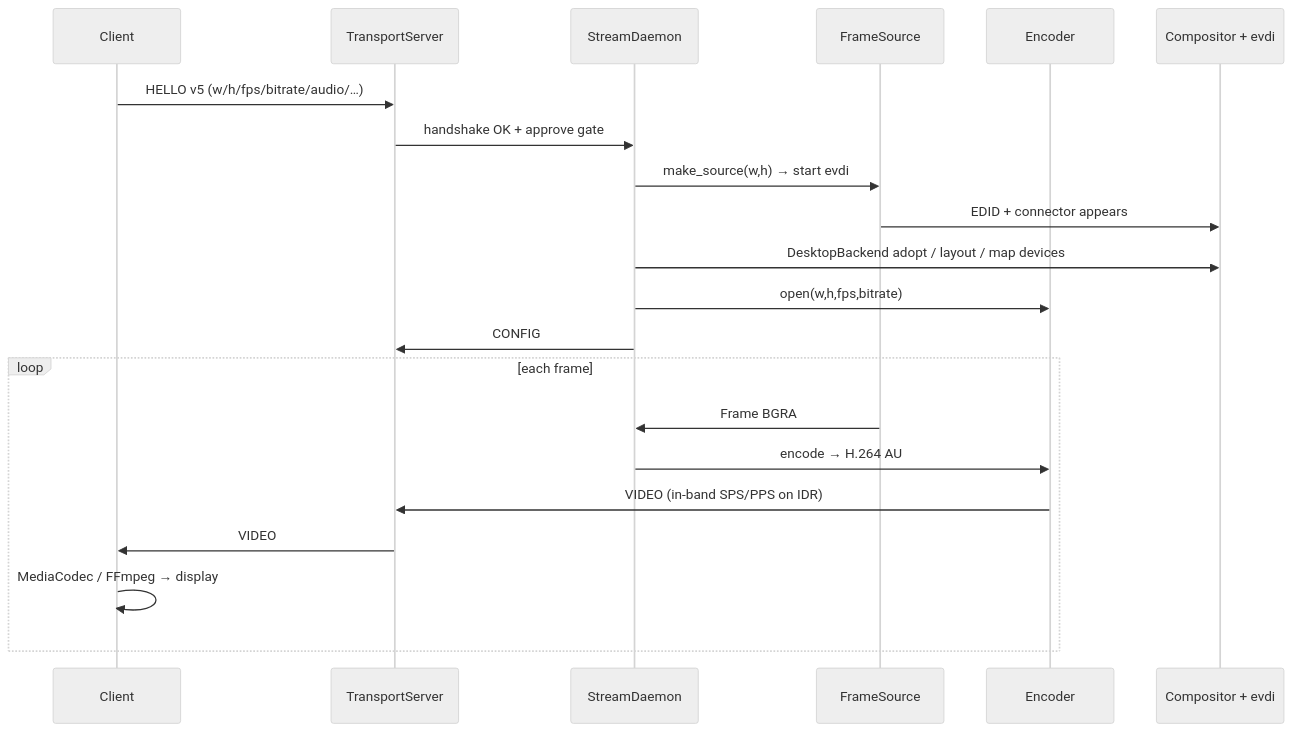
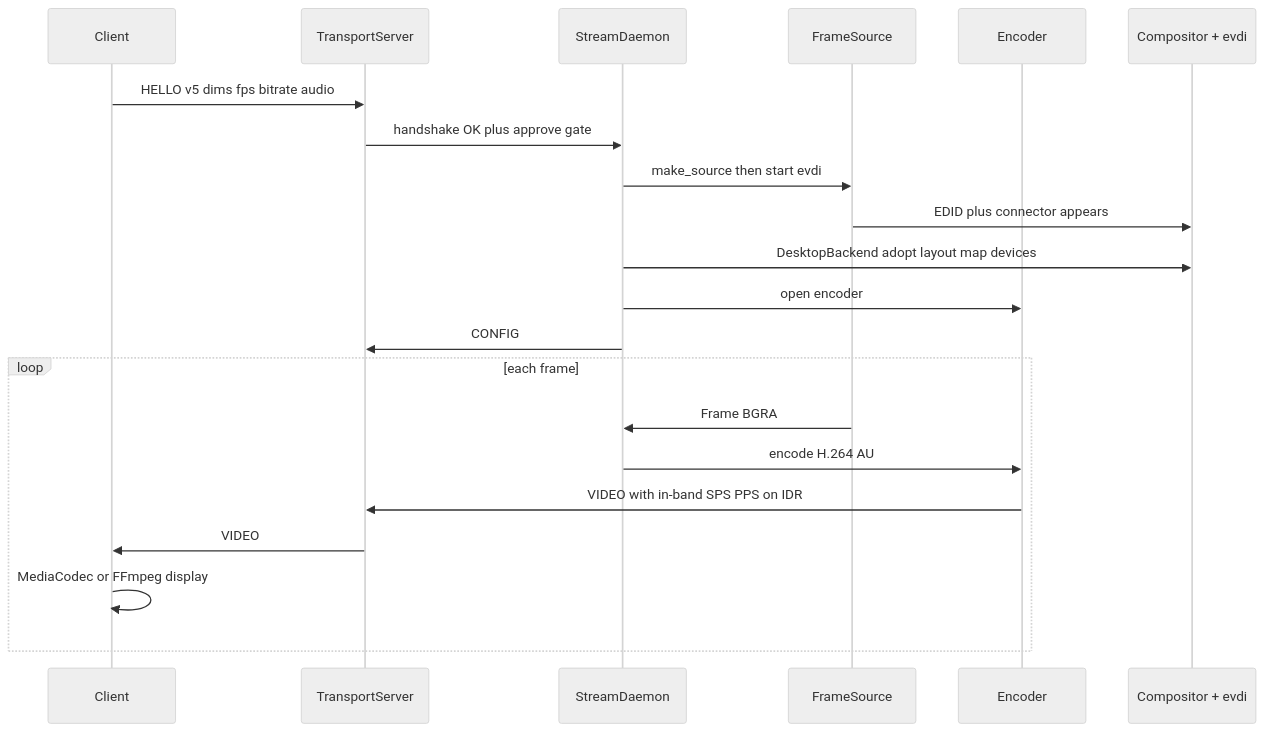
Before and after one commit to davidcarma/droppix: the third of 10 diagrams in docs/ARCHITECTURE.md, drawn with Mermaid (neutral theme). The commit also changed other lines of this file, not shown here.

First line of the commit message:
docs: fix Mermaid diagrams for GitHub rendering

````diff
--- a/docs/ARCHITECTURE.md
+++ b/docs/ARCHITECTURE.md
@@ -73,24 +75,24 @@
 ```mermaid
 sequenceDiagram
     participant C as Client
     participant T as TransportServer
     participant D as StreamDaemon
     participant F as FrameSource
     participant E as Encoder
     participant K as Compositor + evdi
 
-    C->>T: HELLO v5 (w/h/fps/bitrate/audio/…)
-    T->>D: handshake OK + approve gate
-    D->>F: make_source(w,h) → start evdi
-    F->>K: EDID + connector appears
-    D->>K: DesktopBackend adopt / layout / map devices
-    D->>E: open(w,h,fps,bitrate)
+    C->>T: HELLO v5 dims fps bitrate audio
+    T->>D: handshake OK plus approve gate
+    D->>F: make_source then start evdi
+    F->>K: EDID plus connector appears
+    D->>K: DesktopBackend adopt layout map devices
+    D->>E: open encoder
     D->>T: CONFIG
     loop each frame
         F->>D: Frame BGRA
-        D->>E: encode → H.264 AU
-        E->>T: VIDEO (in-band SPS/PPS on IDR)
+        D->>E: encode H.264 AU
+        E->>T: VIDEO with in-band SPS PPS on IDR
         T->>C: VIDEO
-        C->>C: MediaCodec / FFmpeg → display
+        C->>C: MediaCodec or FFmpeg display
     end
 ```
````
